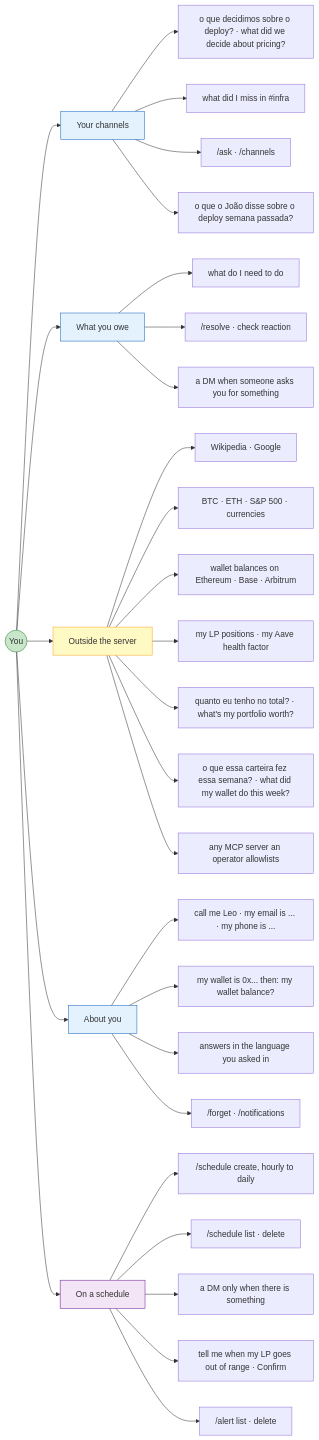
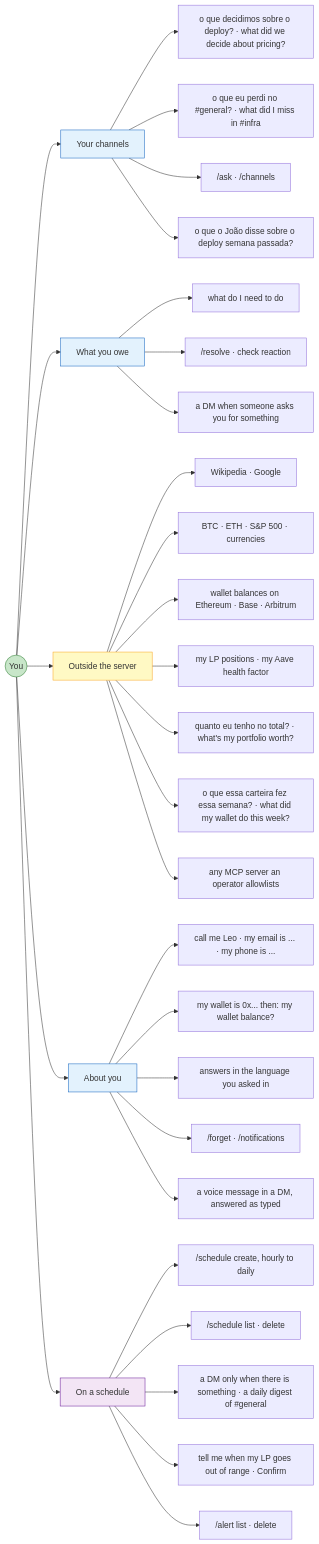
Before and after one commit to CyberdyneCorp/CyberFriend: the second of 4 diagrams in README.md, drawn with Mermaid. The commit also changed other lines of this file and 8 other files, not shown here.

First line of the commit message:
Refresh README, deploy docs and OpenSpec task status; add a roadmap

````diff
--- a/README.md
+++ b/README.md
@@ -109,44 +114,45 @@
 ```mermaid
 graph LR
     P(("You"))
 
     P --> CORPUS["Your channels"]
     CORPUS --> C1["o que decidimos sobre o deploy? &middot; what did we decide about pricing?"]
-    CORPUS --> C2["what did I miss in #infra"]
+    CORPUS --> C2["o que eu perdi no #general? &middot; what did I miss in #infra"]
     CORPUS --> C3["/ask &middot; /channels"]
     CORPUS --> C4["o que o João disse sobre o deploy semana passada?"]
 
     P --> OWED["What you owe"]
     OWED --> O1["what do I need to do"]
     OWED --> O2["/resolve &middot; check reaction"]
     OWED --> O3["a DM when someone asks you for something"]
 
     P --> OUT["Outside the server"]
     OUT --> X1["Wikipedia &middot; Google"]
     OUT --> X2["BTC &middot; ETH &middot; S&P 500 &middot; currencies"]
     OUT --> X3["wallet balances on Ethereum &middot; Base &middot; Arbitrum"]
     OUT --> X5["my LP positions &middot; my Aave health factor"]
     OUT --> X6["quanto eu tenho no total? &middot; what's my portfolio worth?"]
     OUT --> X7["o que essa carteira fez essa semana? &middot; what did my wallet do this week?"]
     OUT --> X4["any MCP server an operator allowlists"]
 
     P --> YOU["About you"]
     YOU --> Y1["call me Leo &middot; my email is ... &middot; my phone is ..."]
     YOU --> Y2["my wallet is 0x... then: my wallet balance?"]
     YOU --> Y3["answers in the language you asked in"]
     YOU --> Y4["/forget &middot; /notifications"]
+    YOU --> Y5["a voice message in a DM, answered as typed"]
 
     P --> WHEN["On a schedule"]
     WHEN --> W1["/schedule create, hourly to daily"]
     WHEN --> W2["/schedule list &middot; delete"]
-    WHEN --> W3["a DM only when there is something"]
+    WHEN --> W3["a DM only when there is something &middot; a daily digest of #general"]
     WHEN --> W4["tell me when my LP goes out of range &middot; Confirm"]
     WHEN --> W5["/alert list &middot; delete"]
 
     style P fill:#C8E6C9,stroke:#2E7D32
     style CORPUS fill:#E3F2FD,stroke:#1565C0
     style OWED fill:#E3F2FD,stroke:#1565C0
     style OUT fill:#FFF9C4,stroke:#F9A825
     style YOU fill:#E3F2FD,stroke:#1565C0
     style WHEN fill:#F3E5F5,stroke:#6A1B9A
 ```
````
